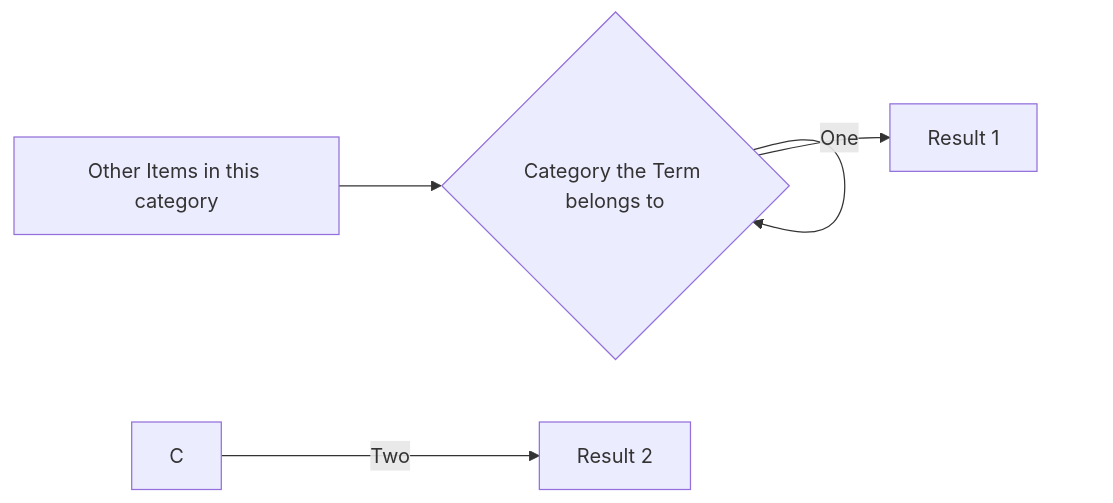
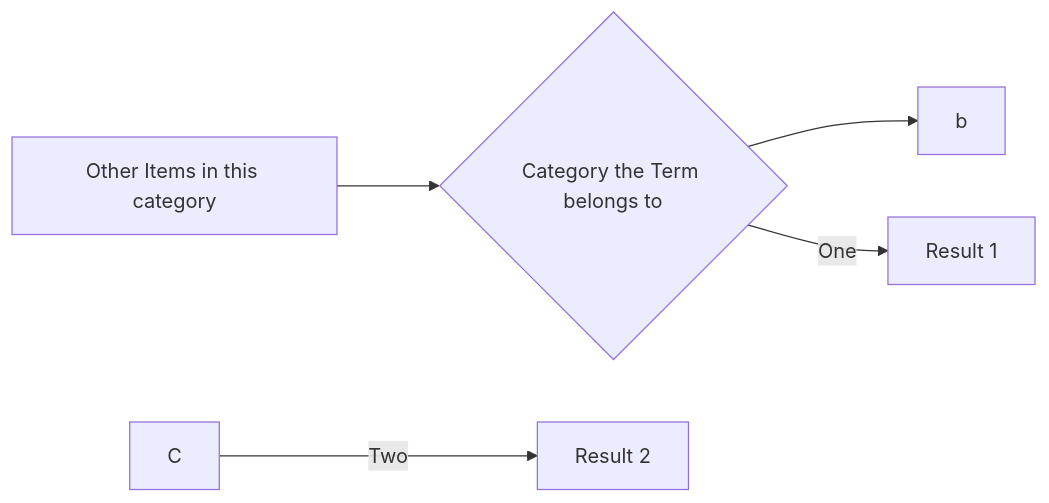
The diagram in slides.md (gerbssusd/dok), drawn with Mermaid before and after one commit.

````diff
--- a/slides.md
+++ b/slides.md
@@ -217,6 +217,6 @@
 ```mermaid {theme: 'neutral', scale: 0.8}
 graph LR
-A[Other Items in this category] --> B{Category the Term belongs to} -->
+A[Other Items in this category] --> B{Category the Term belongs to} -->b
 B -->|One| D[Result 1]
 C -->|Two| E[Result 2]
 ```
````
